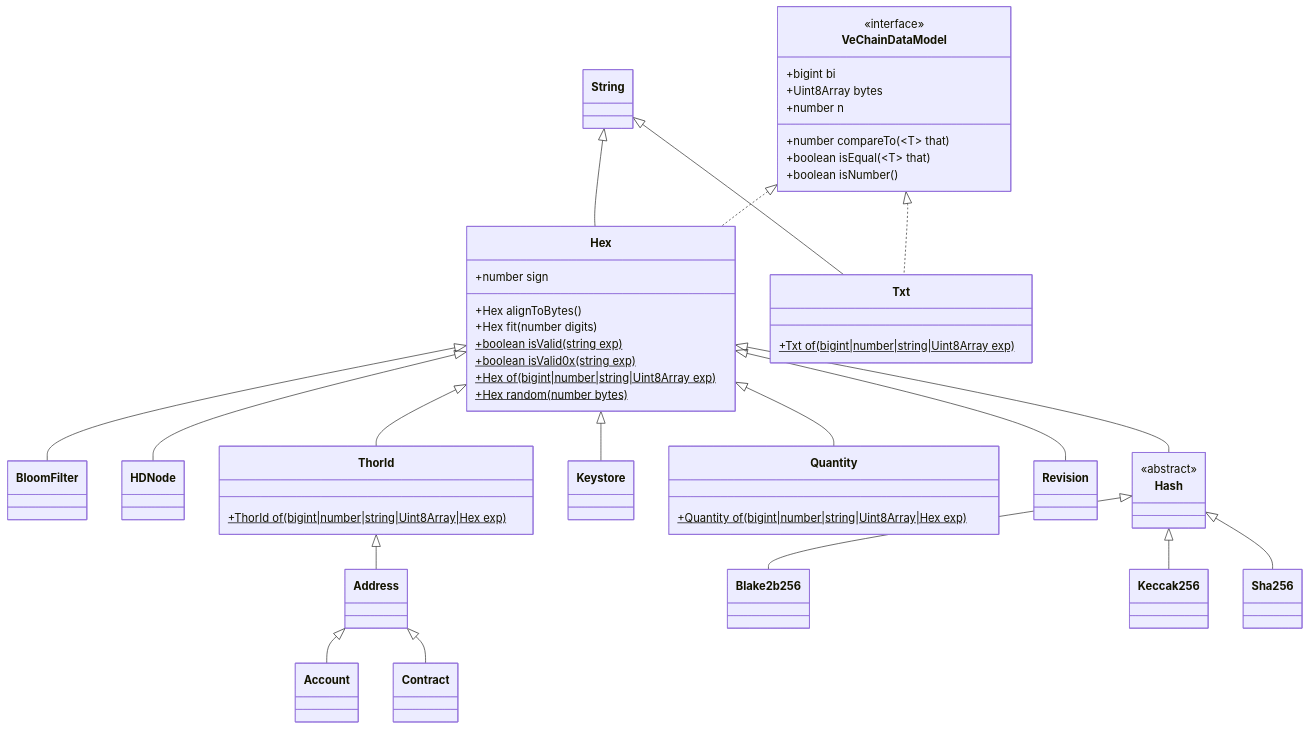
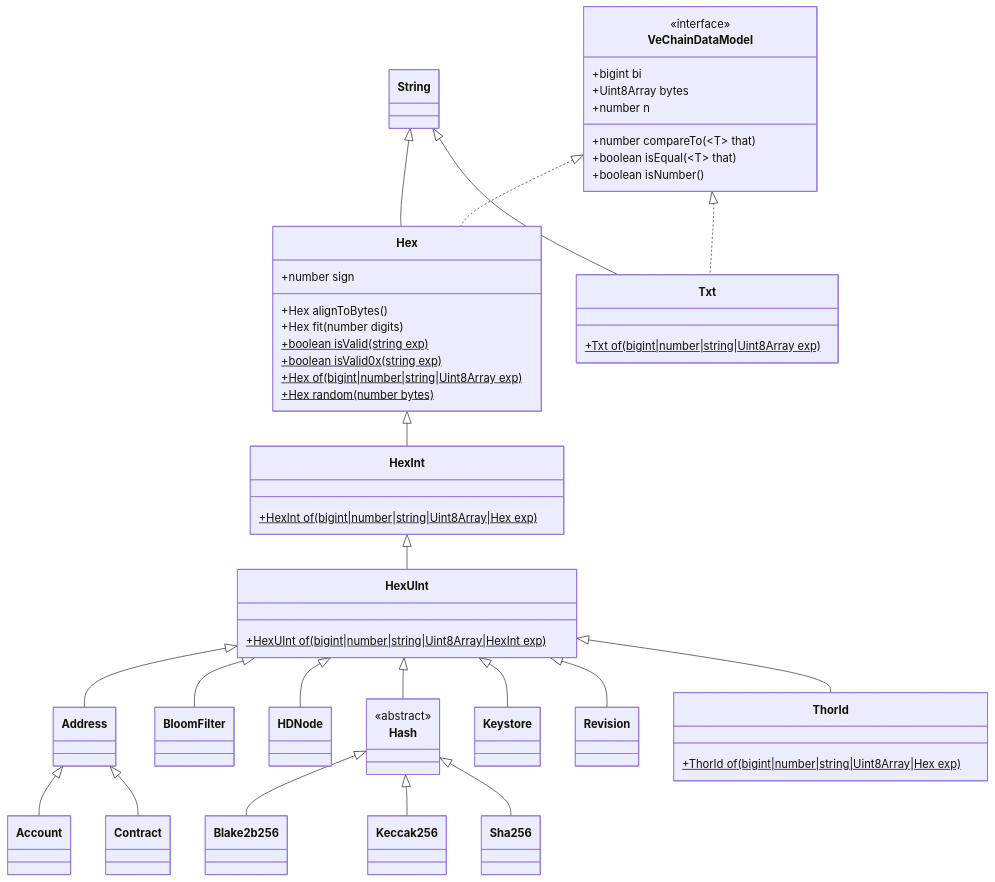
The diagram in docs/diagrams/architecture/vcdm.md (vechain/vechain-sdk-js), drawn with Mermaid before and after one commit. The commit also changed 33 other files, not shown here.

````diff
--- a/docs/diagrams/architecture/vcdm.md
+++ b/docs/diagrams/architecture/vcdm.md
@@ -1,62 +1,66 @@
 ```mermaid
 classDiagram
     class Account
     class Address
     class Blake2b256
     class BloomFilter
     class Contract
     class HDNode
     class Hash {
         <<abstract>>
     }
     class Hex {
         +number sign
         +Hex alignToBytes()
         +Hex fit(number digits)
         +boolean isValid(string exp)$
         +boolean isValid0x(string exp)$
         +Hex of(bigint|number|string|Uint8Array exp)$
         +Hex random(number bytes)$
     }
+    class HexInt {
+        +HexInt of(bigint|number|string|Uint8Array|Hex exp)$
+    }
+    class HexUInt {
+        +HexUInt of(bigint|number|string|Uint8Array|HexInt exp)$
+    }
     class Keccak256 
     class Keystore
-    class Quantity {
-        +Quantity of(bigint|number|string|Uint8Array|Hex exp)$
-    }
     class Revision
     class Sha256
     class String
     class ThorId {
         +ThorId of(bigint|number|string|Uint8Array|Hex exp)$
     }
     class Txt {
         +Txt of(bigint|number|string|Uint8Array exp)$
     }
     class String
     class VeChainDataModel{
         <<interface>>
       +bigint bi
       +Uint8Array bytes
       +number n
       +number compareTo(~T~ that)
       +boolean isEqual(~T~ that)
       +boolean isNumber()
     }
     Address <|-- Account
     Address <|-- Contract
     Hash <|-- Blake2b256
     Hash <|-- Keccak256
     Hash <|-- Sha256
-    Hex <|-- BloomFilter
-    Hex <|-- HDNode
-    Hex <|-- Hash
-    Hex <|-- Keystore
-    Hex <|-- Quantity
-    Hex <|-- Revision
-    Hex <|-- ThorId
+    Hex <|-- HexInt
+    HexUInt <|-- Address
+    HexUInt <|-- BloomFilter
+    HexUInt <|-- HDNode
+    HexInt <|-- HexUInt
+    HexUInt <|-- Hash
+    HexUInt <|-- ThorId
+    HexUInt <|-- Keystore
+    HexUInt <|-- Revision
     String <|-- Hex
     String <|-- Txt
-    ThorId <|-- Address
     VeChainDataModel <|.. Hex
     VeChainDataModel <|.. Txt
 ```
````
